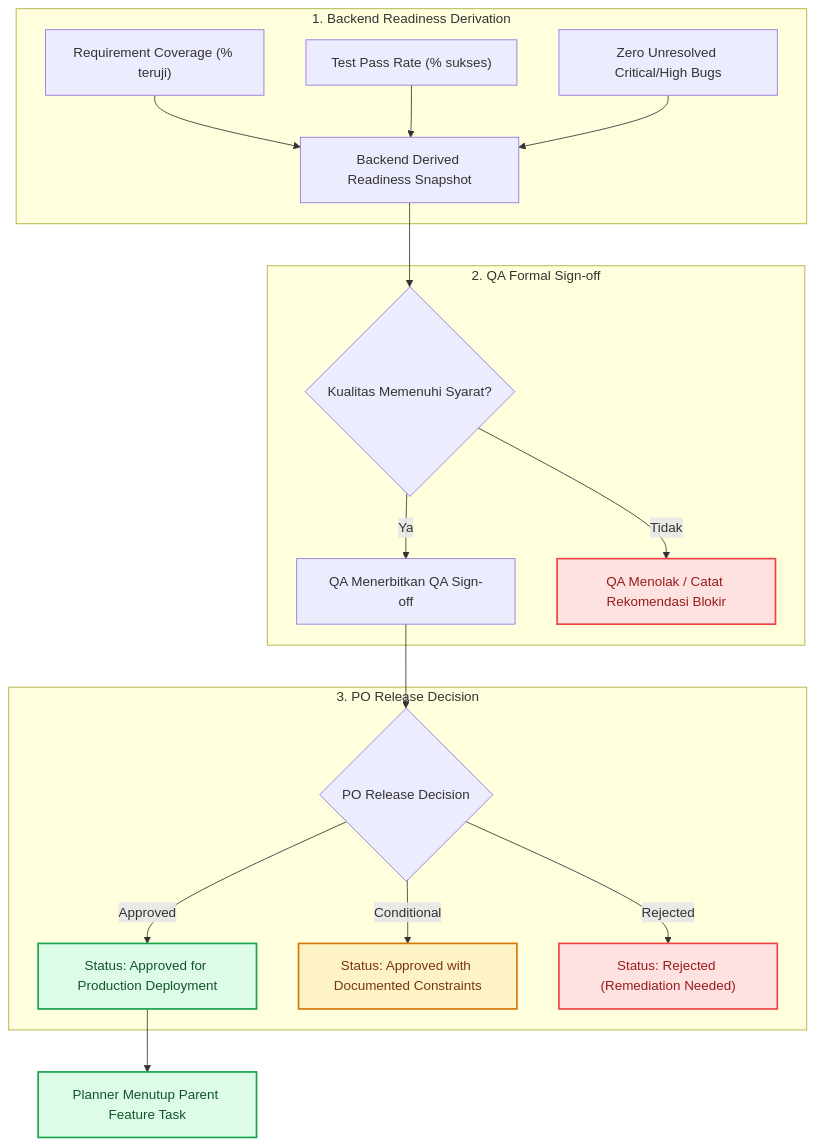
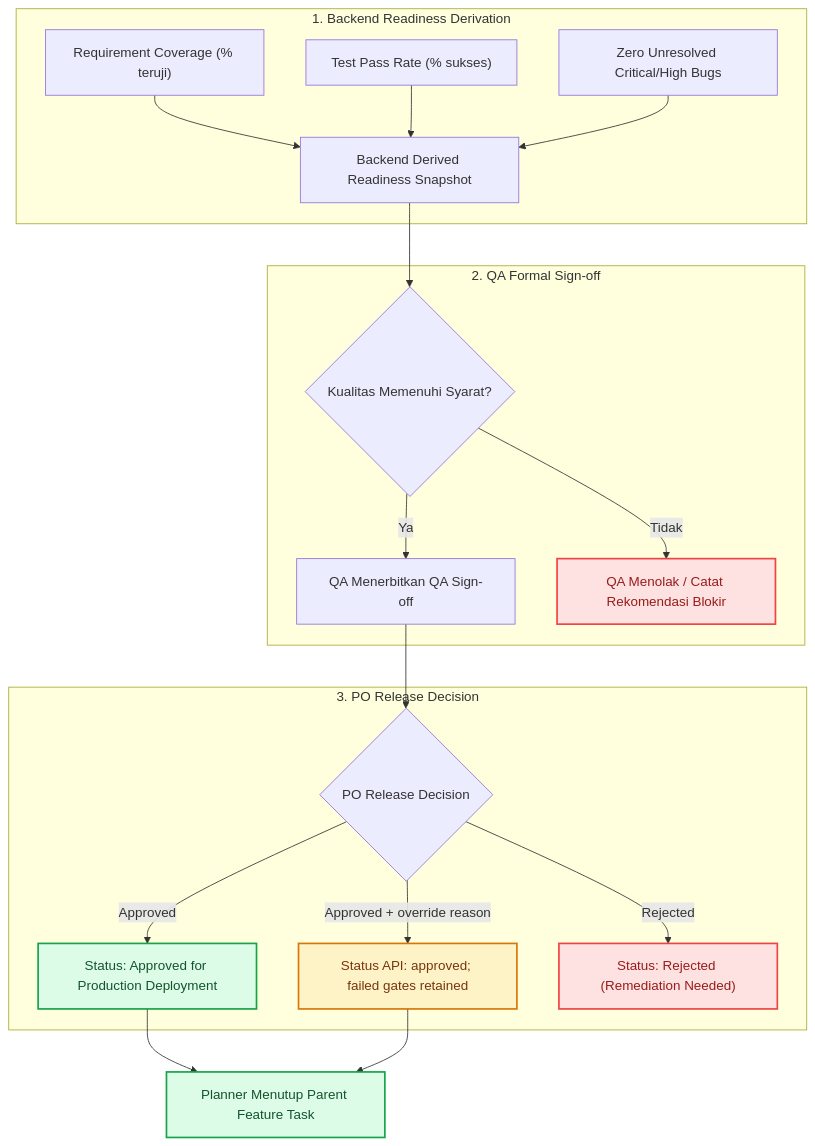
Before and after one commit to oneilreyand/qlickhub: the eighth of 8 diagrams in docs/2_WORKFLOW_AND_ROLES.md, drawn with Mermaid. The commit also changed other lines of this file and 50 other files, not shown here.

````diff
--- a/docs/2_WORKFLOW_AND_ROLES.md
+++ b/docs/2_WORKFLOW_AND_ROLES.md
@@ -254,34 +292,35 @@
 ```mermaid
 graph TD
     subgraph DataDerivation["1. Backend Readiness Derivation"]
         ReqCoverage["Requirement Coverage (% teruji)"]
         TestPassRate["Test Pass Rate (% sukses)"]
         OpenBugs["Zero Unresolved Critical/High Bugs"]
         ReqCoverage --> Calc["Backend Derived Readiness Snapshot"]
         TestPassRate --> Calc
         OpenBugs --> Calc
     end
 
     subgraph QASignoffBlock["2. QA Formal Sign-off"]
         Calc --> QAEval{"Kualitas Memenuhi Syarat?"}
         QAEval -- "Ya" --> QASubmit["QA Menerbitkan QA Sign-off"]
         QAEval -- "Tidak" --> QABlock["QA Menolak / Catat Rekomendasi Blokir"]
     end
 
     subgraph PODecisionBlock["3. PO Release Decision"]
         QASubmit --> POAction{"PO Release Decision"}
         POAction -->|"Approved"| RelApproved["Status: Approved for Production Deployment"]
-        POAction -->|"Conditional"| RelConditional["Status: Approved with Documented Constraints"]
+        POAction -->|"Approved + override reason"| RelOverride["Status API: approved; failed gates retained"]
         POAction -->|"Rejected"| RelRejected["Status: Rejected (Remediation Needed)"]
     end
 
     RelApproved --> CloseParentTask["Planner Menutup Parent Feature Task"]
+    RelOverride --> CloseParentTask
 
     classDef pass fill:#DCFCE7,stroke:#16A34A,stroke-width:2px,color:#14532D;
     classDef warn fill:#FEF3C7,stroke:#D97706,stroke-width:2px,color:#78350F;
     classDef fail fill:#FEE2E2,stroke:#EF4444,stroke-width:2px,color:#991B1B;
 
     class RelApproved,CloseParentTask pass;
-    class RelConditional warn;
+    class RelOverride warn;
     class RelRejected,QABlock fail;
 ```
````
